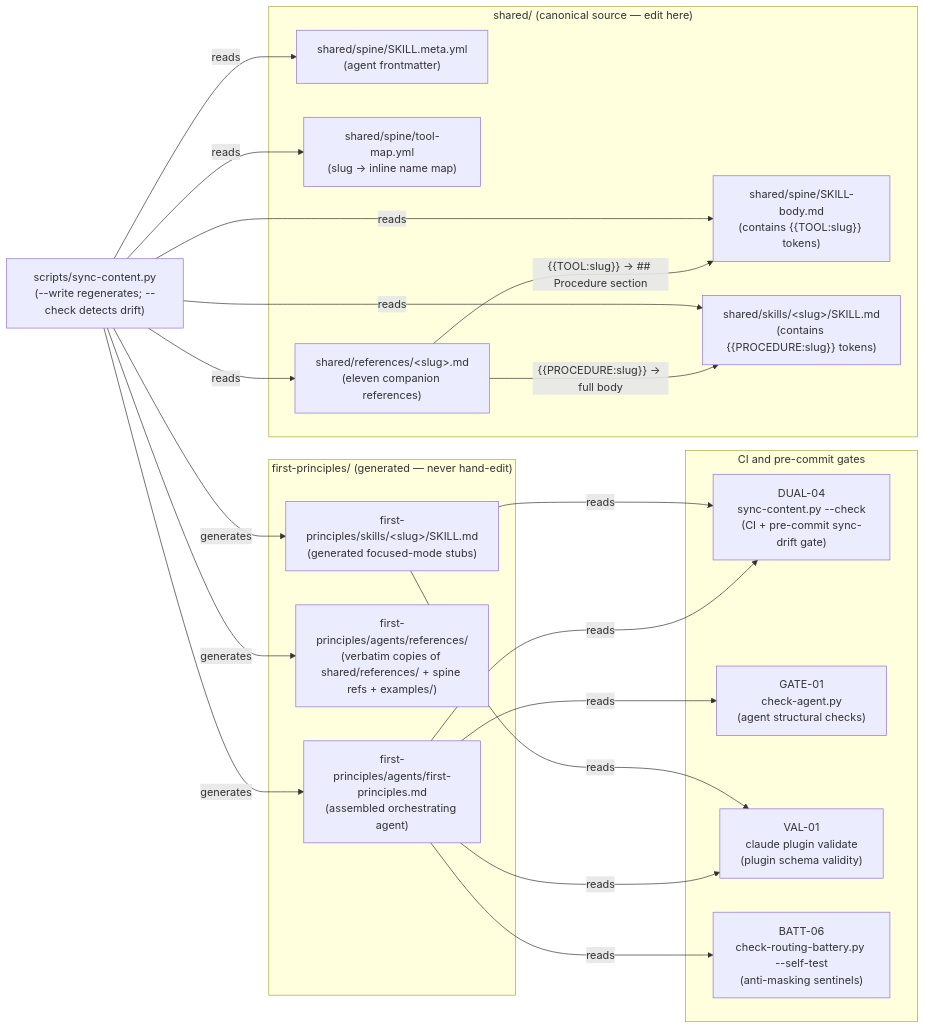
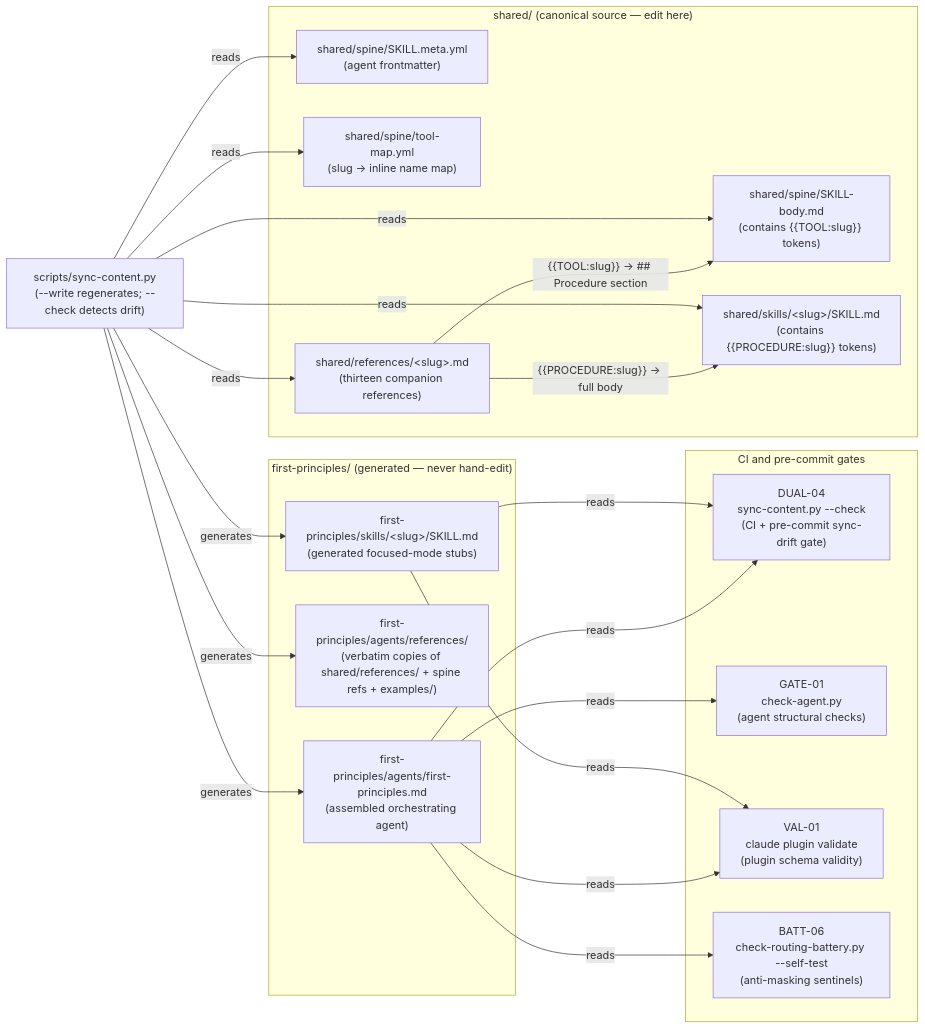
The first of 2 diagrams in docs/COMPONENT-DIAGRAM.md (chrisdavidson/first-principles-skill), drawn with Mermaid before and after one commit. The commit also changed 2 other files, not shown here.

Commit message:
fix(140-03): WRAP-R11/R12/R13 update companion-skill count to thirteen in README, DATA-FLOW, COMPONENT-DIAGRAM
- docs/README.md line 14: eleven -> thirteen companion skills (WRAP-R11)
- docs/DATA-FLOW.md line 34: eleven -> thirteen companion skills (WRAP-R12)
- docs/COMPONENT-DIAGRAM.md line 24: (eleven companion references) -> (thirteen companion references) (WRAP-R13)
- VAL-03 check-links.py exits 0: PASS (218 links, 81 files)

````diff
--- a/docs/COMPONENT-DIAGRAM.md
+++ b/docs/COMPONENT-DIAGRAM.md
@@ -18,45 +18,45 @@
 ```mermaid
 flowchart LR
     subgraph shared ["shared/ (canonical source — edit here)"]
         BODY["shared/spine/SKILL-body.md\n(contains {{TOOL:slug}} tokens)"]
         META["shared/spine/SKILL.meta.yml\n(agent frontmatter)"]
         TOOLMAP["shared/spine/tool-map.yml\n(slug → inline name map)"]
-        REFS["shared/references/&lt;slug&gt;.md\n(eleven companion references)"]
+        REFS["shared/references/&lt;slug&gt;.md\n(thirteen companion references)"]
         SKILLS["shared/skills/&lt;slug&gt;/SKILL.md\n(contains {{PROCEDURE:slug}} tokens)"]
     end
 
     SYNC["scripts/sync-content.py\n(--write regenerates; --check detects drift)"]
 
     subgraph generated ["first-principles/ (generated — never hand-edit)"]
         AGENT["first-principles/agents/first-principles.md\n(assembled orchestrating agent)"]
         REFS_OUT["first-principles/agents/references/\n(verbatim copies of shared/references/ + spine refs + examples/)"]
         SKILLS_OUT["first-principles/skills/&lt;slug&gt;/SKILL.md\n(generated focused-mode stubs)"]
     end
 
     subgraph gates ["CI and pre-commit gates"]
         DUAL04["DUAL-04\nsync-content.py --check\n(CI + pre-commit sync-drift gate)"]
         GATE01["GATE-01\ncheck-agent.py\n(agent structural checks)"]
         VAL01["VAL-01\nclaude plugin validate\n(plugin schema validity)"]
         BATT06["BATT-06\ncheck-routing-battery.py --self-test\n(anti-masking sentinels)"]
     end
 
     REFS -->|"{{TOOL:slug}} → ## Procedure section"| BODY
     REFS -->|"{{PROCEDURE:slug}} → full body"| SKILLS
 
     SYNC -->|"reads"| META
     SYNC -->|"reads"| BODY
     SYNC -->|"reads"| TOOLMAP
     SYNC -->|"reads"| REFS
     SYNC -->|"reads"| SKILLS
 
     SYNC -->|"generates"| AGENT
     SYNC -->|"generates"| REFS_OUT
     SYNC -->|"generates"| SKILLS_OUT
 
     AGENT -->|"reads"| DUAL04
     SKILLS_OUT -->|"reads"| DUAL04
     AGENT -->|"reads"| GATE01
     AGENT -->|"reads"| VAL01
     SKILLS_OUT -->|"reads"| VAL01
     AGENT -->|"reads"| BATT06
 ```
````
